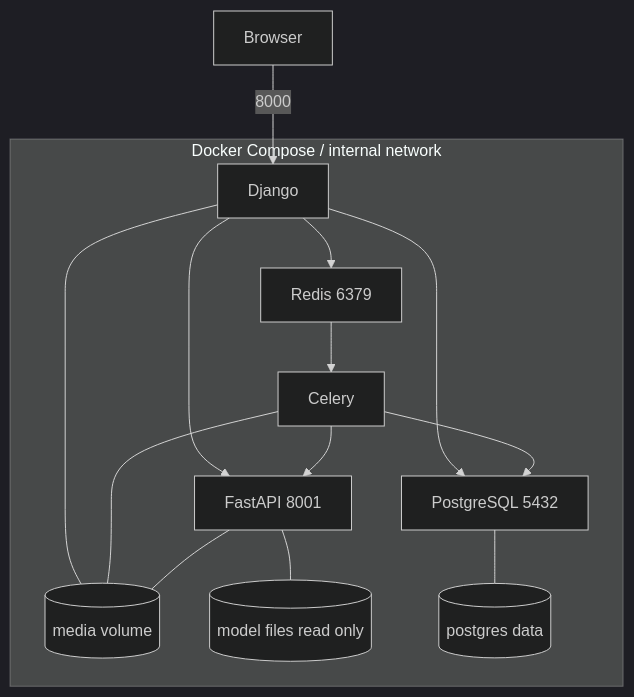
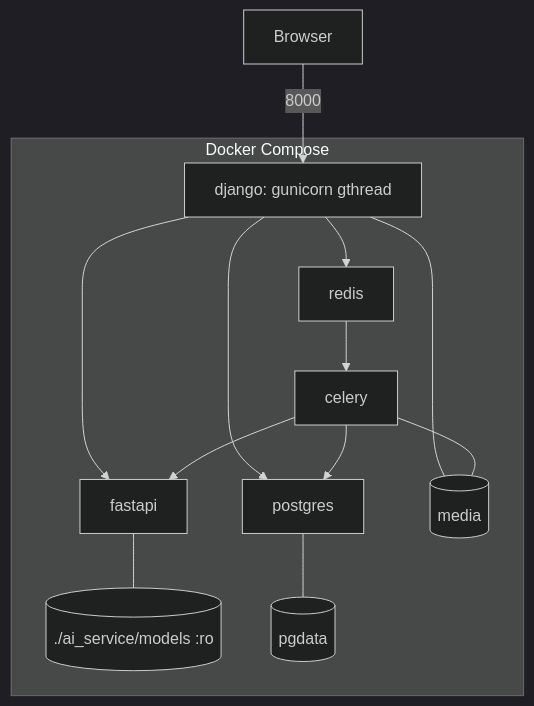
One commit to HanaPark-lab/desk-habit-coach changed the sixth of 6 diagrams in docs/ARCHITECTURE.md. Above: the diagram before and after it, drawn with Mermaid (dark theme). The commit also changed other lines of this file and 6 other files, not shown here.

````diff
--- a/docs/ARCHITECTURE.md
+++ b/docs/ARCHITECTURE.md
@@ -145,16 +137,15 @@
 ```mermaid
 flowchart TB
  B[Browser] -->|8000| D
- subgraph COMPOSE[Docker Compose / internal network]
- D[Django] --> R[Redis 6379] --> C[Celery]
- D --> F[FastAPI 8001]
+ subgraph COMPOSE[Docker Compose]
+ D[django: gunicorn gthread] --> R[redis] --> C[celery]
+ D --> F[fastapi]
  C --> F
- D --> P[PostgreSQL 5432]
+ D --> P[postgres]
  C --> P
- D --- M[(media volume)]
+ D --- M[(media)]
  C --- M
- F --- M
- F --- A[(model files read only)]
- P --- V[(postgres data)]
+ F --- A[(./ai_service/models :ro)]
+ P --- V[(pgdata)]
  end
 ```
````
